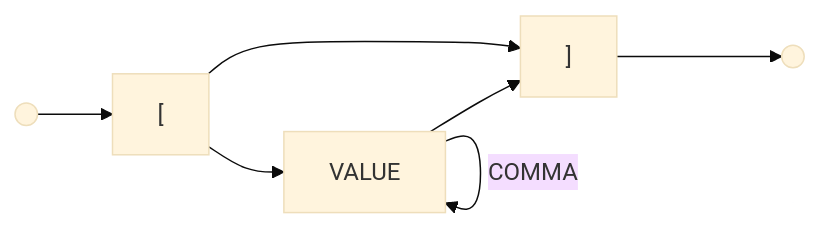
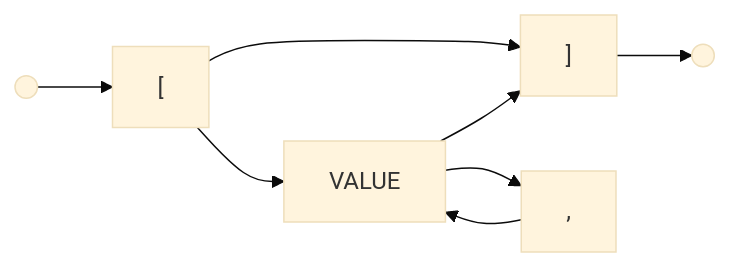
Before and after one commit to e66head/json-parser: the third of 6 diagrams in json_grammar.md, drawn with Mermaid (base theme). The commit also changed other lines of this file and 9 other files, not shown here.

````diff
--- a/json_grammar.md
+++ b/json_grammar.md
@@ -71,7 +129,7 @@
 ```mermaid
 graph LR
     Start(( )) --> LBRACKET["["]
     LBRACKET --> RBRACKET["]"] --> End(( ))
     LBRACKET --> VAL[VALUE] --> RBRACKET
-    VAL -- COMMA --> VAL
+    VAL --> COMMA[","] --> VAL
 ```
````
